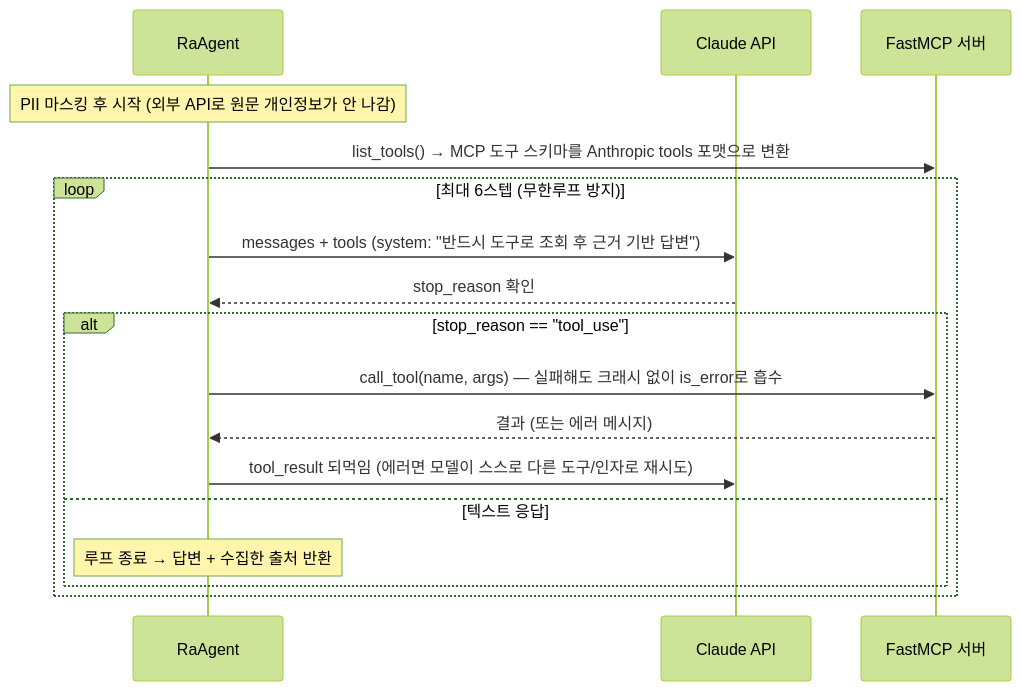
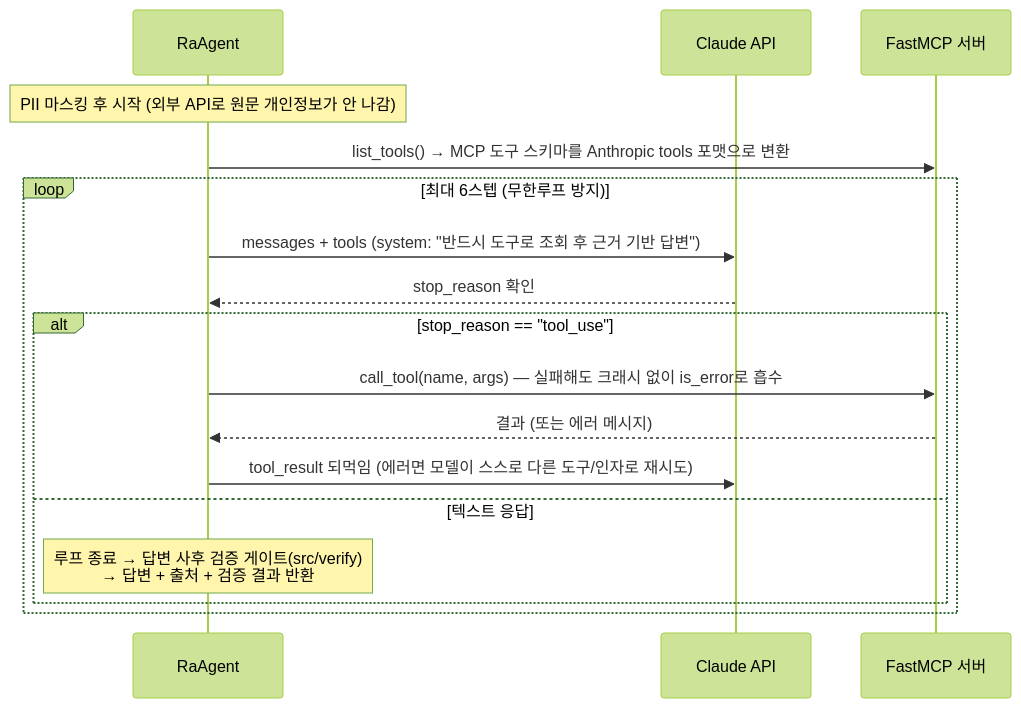
One commit to chaeyoo/letsgogc changed the third of 6 diagrams in project/architecture.md. Above: the diagram before and after it, drawn with Mermaid (forest theme). The commit also changed other lines of this file and 27 other files, not shown here.

````diff
--- a/project/architecture.md
+++ b/project/architecture.md
@@ -89,20 +90,20 @@
 ```mermaid
 sequenceDiagram
     participant AG as RaAgent
     participant C as Claude API
     participant MCP as FastMCP 서버
 
     Note over AG: PII 마스킹 후 시작 (외부 API로 원문 개인정보가 안 나감)
     AG->>MCP: list_tools() → MCP 도구 스키마를 Anthropic tools 포맷으로 변환
     loop 최대 6스텝 (무한루프 방지)
         AG->>C: messages + tools (system: "반드시 도구로 조회 후 근거 기반 답변")
         C-->>AG: stop_reason 확인
         alt stop_reason == "tool_use"
             AG->>MCP: call_tool(name, args) — 실패해도 크래시 없이 is_error로 흡수
             MCP-->>AG: 결과 (또는 에러 메시지)
             AG->>C: tool_result 되먹임 (에러면 모델이 스스로 다른 도구/인자로 재시도)
         else 텍스트 응답
-            Note over AG: 루프 종료 → 답변 + 수집한 출처 반환
+            Note over AG: 루프 종료 → 답변 사후 검증 게이트(src/verify)<br/>→ 답변 + 출처 + 검증 결과 반환
         end
     end
 ```
````
